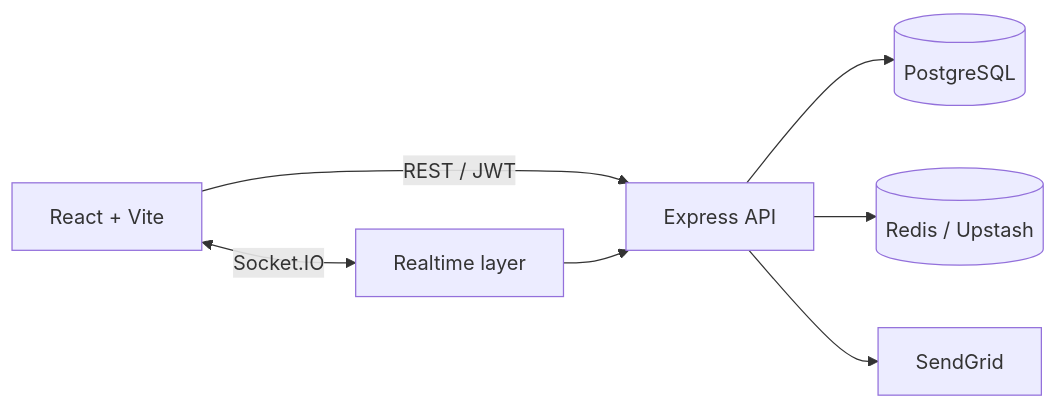
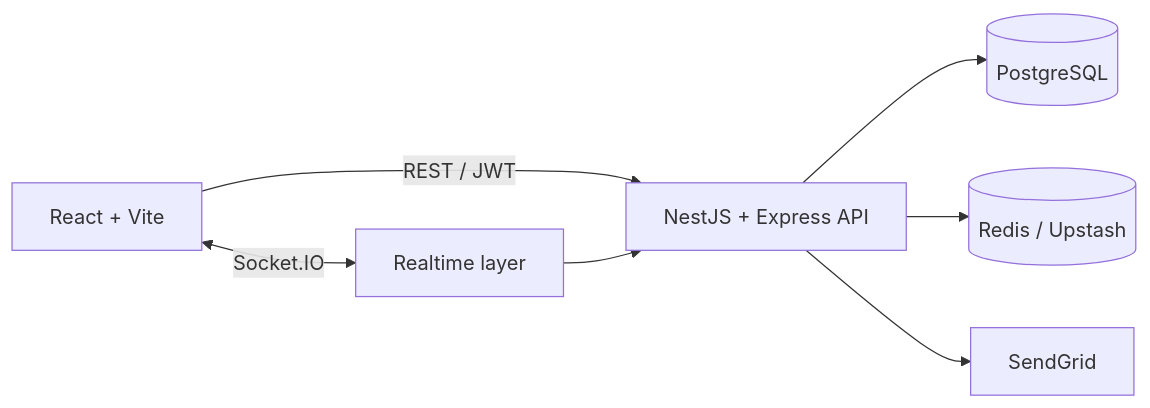
The diagram in README.md (ngohuyhust/Graduation-Research-FiFB), drawn with Mermaid before and after one commit. The commit also changed other lines of this file and 32 other files, not shown here.

````diff
--- a/README.md
+++ b/README.md
@@ -18,9 +18,9 @@
 ```mermaid
 flowchart LR
-  Client[React + Vite] -->|REST / JWT| API[Express API]
+  Client[React + Vite] -->|REST / JWT| API[NestJS + Express API]
   Client <-->|Socket.IO| Socket[Realtime layer]
   API --> DB[(PostgreSQL)]
   API --> Redis[(Redis / Upstash)]
   Socket --> API
   API --> Email[SendGrid]
 ```
````
